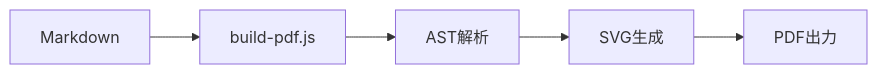
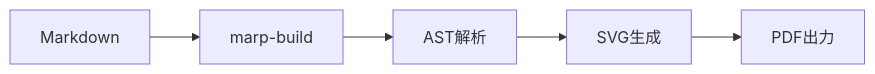
One commit to altus5/marp-theme changed the first of 2 diagrams in examples/rooster-blue-mermaid.md. Above: the diagram before and after it, drawn with Mermaid. The commit also changed 4 other files, not shown here.

First line of the commit message:
fix: build-pdf.js の残骸を削除し MARP_THEME をフロントマターから自動解決

````diff
--- a/examples/rooster-blue-mermaid.md
+++ b/examples/rooster-blue-mermaid.md
@@ -43,7 +43,7 @@
 ```mermaid
 graph LR
-    A[Markdown] --> B[build-pdf.js]
+    A[Markdown] --> B[marp-build]
     B --> C[AST解析]
     C --> D[SVG生成]
     D --> E[PDF出力]
 ```
````
